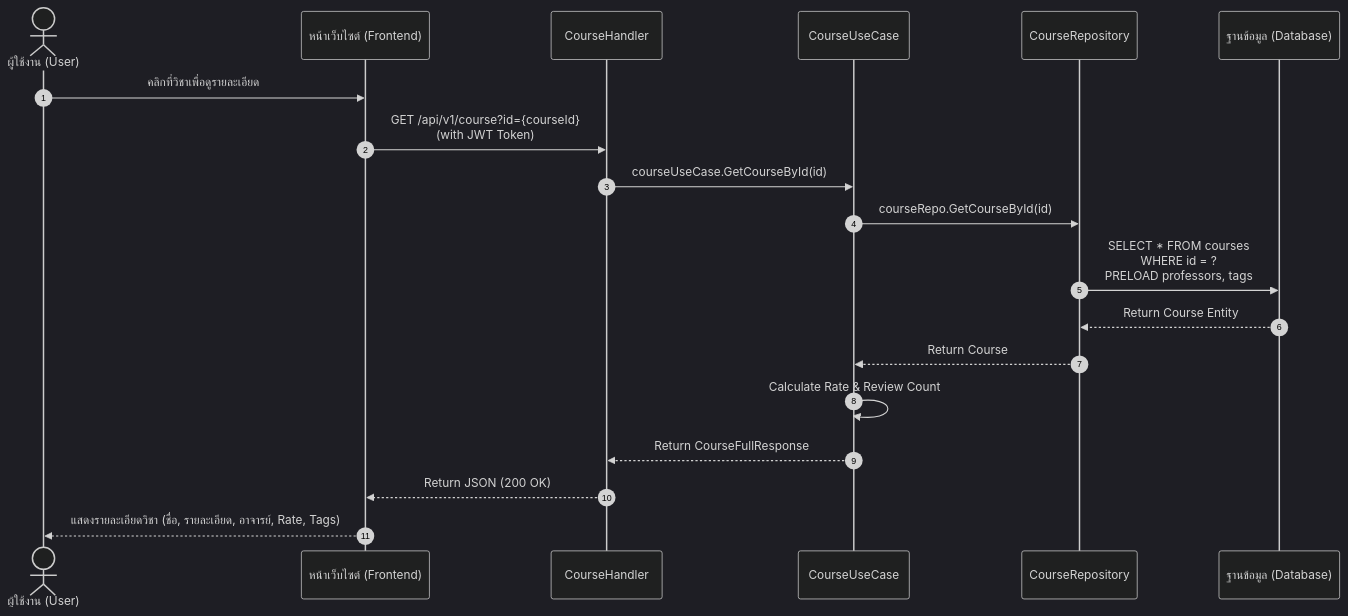
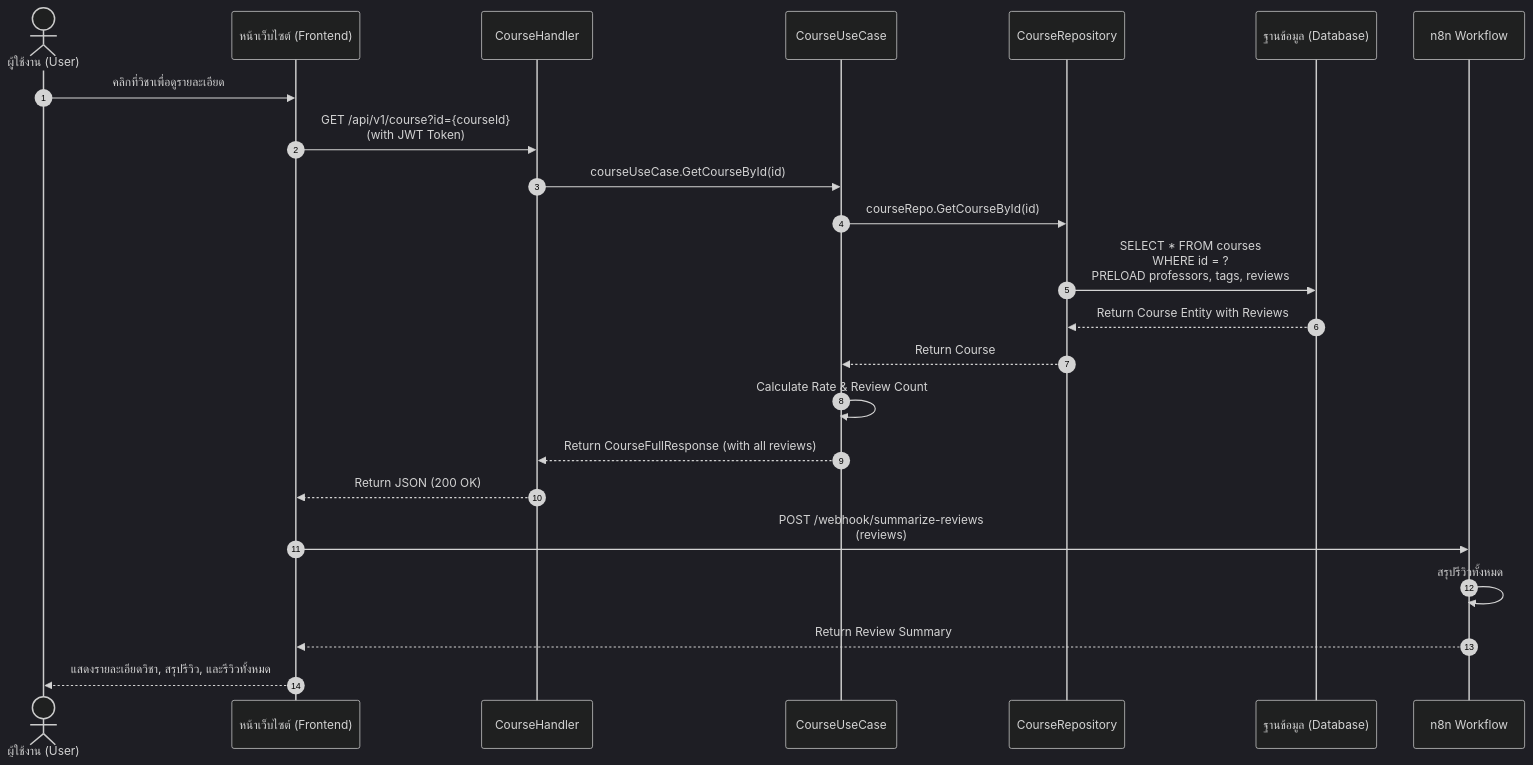
One commit to B1gdawg0/real_course_review_backend changed the fourth of 13 diagrams in diagrams/sq/sequence-diagram.md. Above: the diagram before and after it, drawn with Mermaid (dark theme).

Commit message:
update: enhance course detail flow to include reviews summary

````diff
--- a/diagrams/sq/sequence-diagram.md
+++ b/diagrams/sq/sequence-diagram.md
@@ -98,22 +98,26 @@
 ```mermaid
 sequenceDiagram
 autonumber
 actor User as ผู้ใช้งาน (User)
 participant UI as หน้าเว็บไซต์ (Frontend)
 participant Handler as CourseHandler
 participant UseCase as CourseUseCase
 participant Repo as CourseRepository
 participant DB as ฐานข้อมูล (Database)
+participant n8n as n8n Workflow
 
     User->>UI: คลิกที่วิชาเพื่อดูรายละเอียด
     UI->>Handler: GET /api/v1/course?id={courseId}<br/>(with JWT Token)
     Handler->>UseCase: courseUseCase.GetCourseById(id)
     UseCase->>Repo: courseRepo.GetCourseById(id)
-    Repo->>DB: SELECT * FROM courses<br/>WHERE id = ?<br/>PRELOAD professors, tags
-    DB-->>Repo: Return Course Entity
+    Repo->>DB: SELECT * FROM courses<br/>WHERE id = ?<br/>PRELOAD professors, tags, reviews
+    DB-->>Repo: Return Course Entity with Reviews
     Repo-->>UseCase: Return Course
     UseCase->>UseCase: Calculate Rate & Review Count
-    UseCase-->>Handler: Return CourseFullResponse
+    UseCase-->>Handler: Return CourseFullResponse (with all reviews)
     Handler-->>UI: Return JSON (200 OK)
-    UI-->>User: แสดงรายละเอียดวิชา (ชื่อ, รายละเอียด, อาจารย์, Rate, Tags)
+    UI->>n8n: POST /webhook/summarize-reviews<br/>(reviews)
+    n8n->>n8n: สรุปรีวิวทั้งหมด
+    n8n-->>UI: Return Review Summary
+    UI-->>User: แสดงรายละเอียดวิชา, สรุปรีวิว, และรีวิวทั้งหมด
 ```
````
